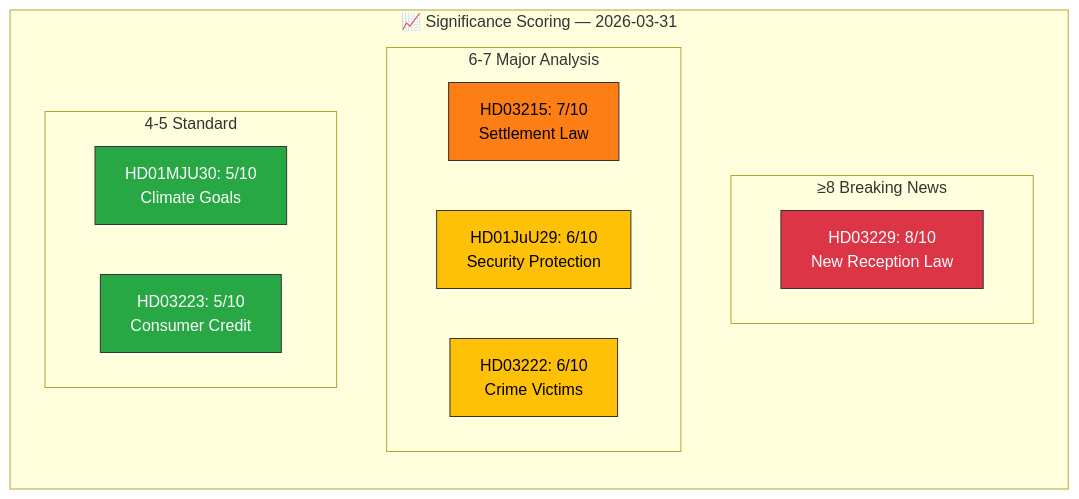
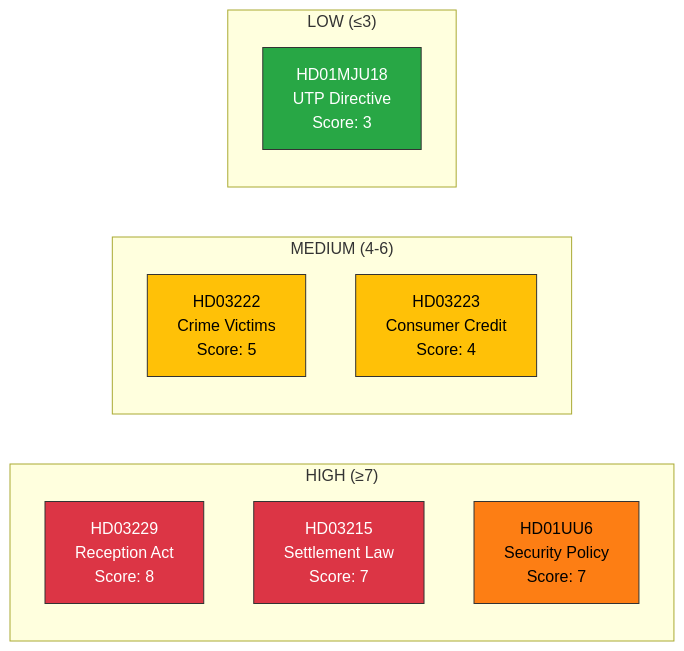
One commit to Hack23/riksdagsmonitor changed the diagram in analysis/daily/2026-03-31/significance-scoring.md. Above: the diagram before and after it, drawn with Mermaid. The commit also changed other lines of this file and 16 other files, not shown here.

````diff
--- a/analysis/daily/2026-03-31/significance-scoring.md
+++ b/analysis/daily/2026-03-31/significance-scoring.md
@@ -16,24 +18,21 @@
 ```mermaid
 graph LR
-    subgraph "📈 Significance Scoring — 2026-03-31"
-        subgraph "≥8 Breaking News"
-            D1["HD03229: 8/10<br/>New Reception Law"]
-        end
-        subgraph "6-7 Major Analysis"
-            D2["HD03215: 7/10<br/>Settlement Law"]
-            D3["HD01JuU29: 6/10<br/>Security Protection"]
-            D4["HD03222: 6/10<br/>Crime Victims"]
-        end
-        subgraph "4-5 Standard"
-            D5["HD01MJU30: 5/10<br/>Climate Goals"]
-            D6["HD03223: 5/10<br/>Consumer Credit"]
-        end
+    subgraph "HIGH (≥7)"
+        H1["HD03229<br/>Reception Act<br/>Score: 8"]
+        H2["HD03215<br/>Settlement Law<br/>Score: 7"]
+        H3["HD01UU6<br/>Security Policy<br/>Score: 7"]
     end
-
-    style D1 fill:#dc3545,stroke:#333,color:#fff
-    style D2 fill:#fd7e14,stroke:#333,color:#000
-    style D3 fill:#ffc107,stroke:#333,color:#000
-    style D4 fill:#ffc107,stroke:#333,color:#000
-    style D5 fill:#28a745,stroke:#333,color:#fff
-    style D6 fill:#28a745,stroke:#333,color:#fff
+    subgraph "MEDIUM (4-6)"
+        M1["HD03222<br/>Crime Victims<br/>Score: 5"]
+        M2["HD03223<br/>Consumer Credit<br/>Score: 4"]
+    end
+    subgraph "LOW (≤3)"
+        L1["HD01MJU18<br/>UTP Directive<br/>Score: 3"]
+    end
+    style H1 fill:#dc3545,stroke:#333,color:#fff
+    style H2 fill:#dc3545,stroke:#333,color:#fff
+    style H3 fill:#fd7e14,stroke:#333,color:#000
+    style M1 fill:#ffc107,stroke:#333,color:#000
+    style M2 fill:#ffc107,stroke:#333,color:#000
+    style L1 fill:#28a745,stroke:#333,color:#fff
 ```
````
